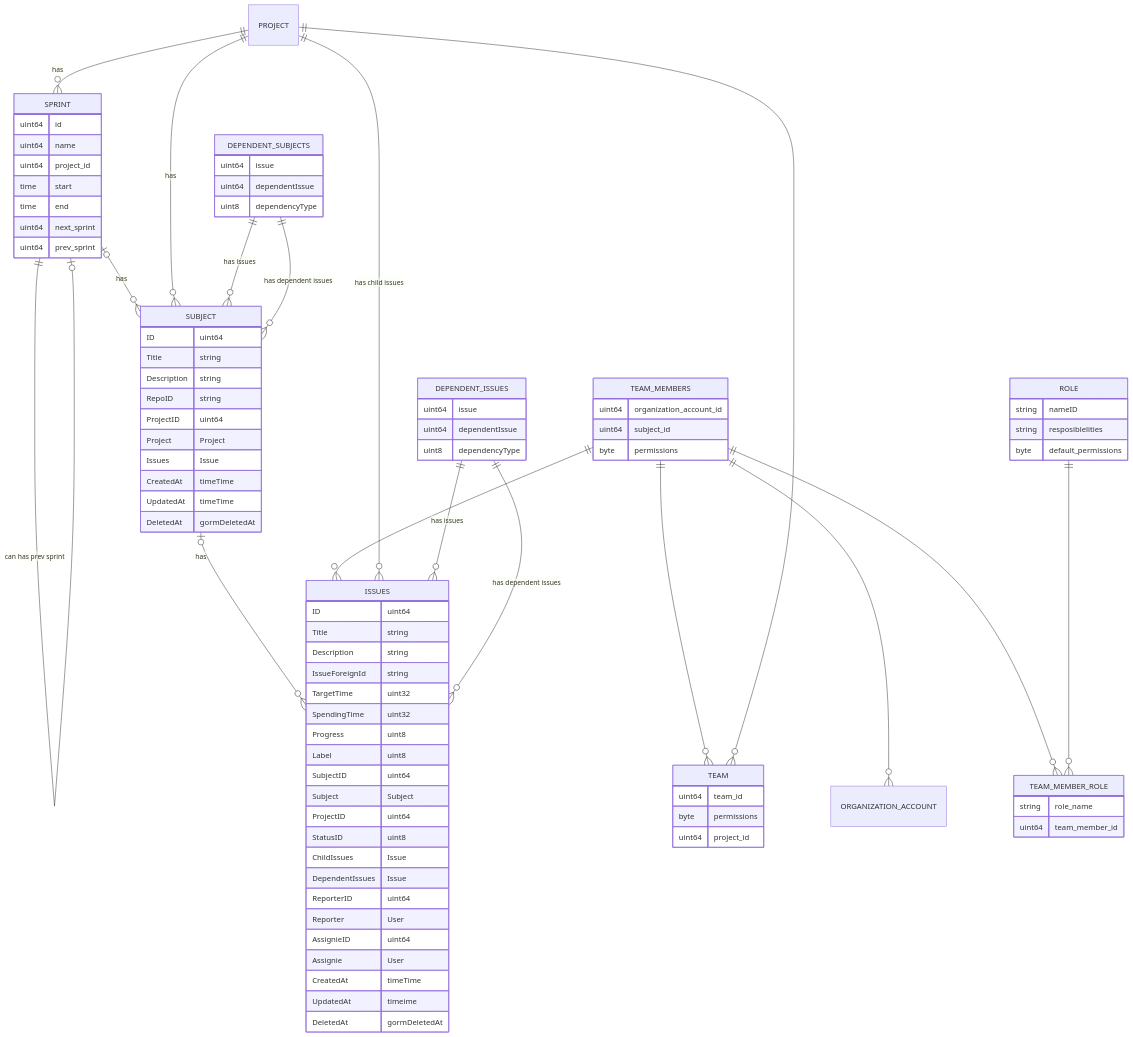
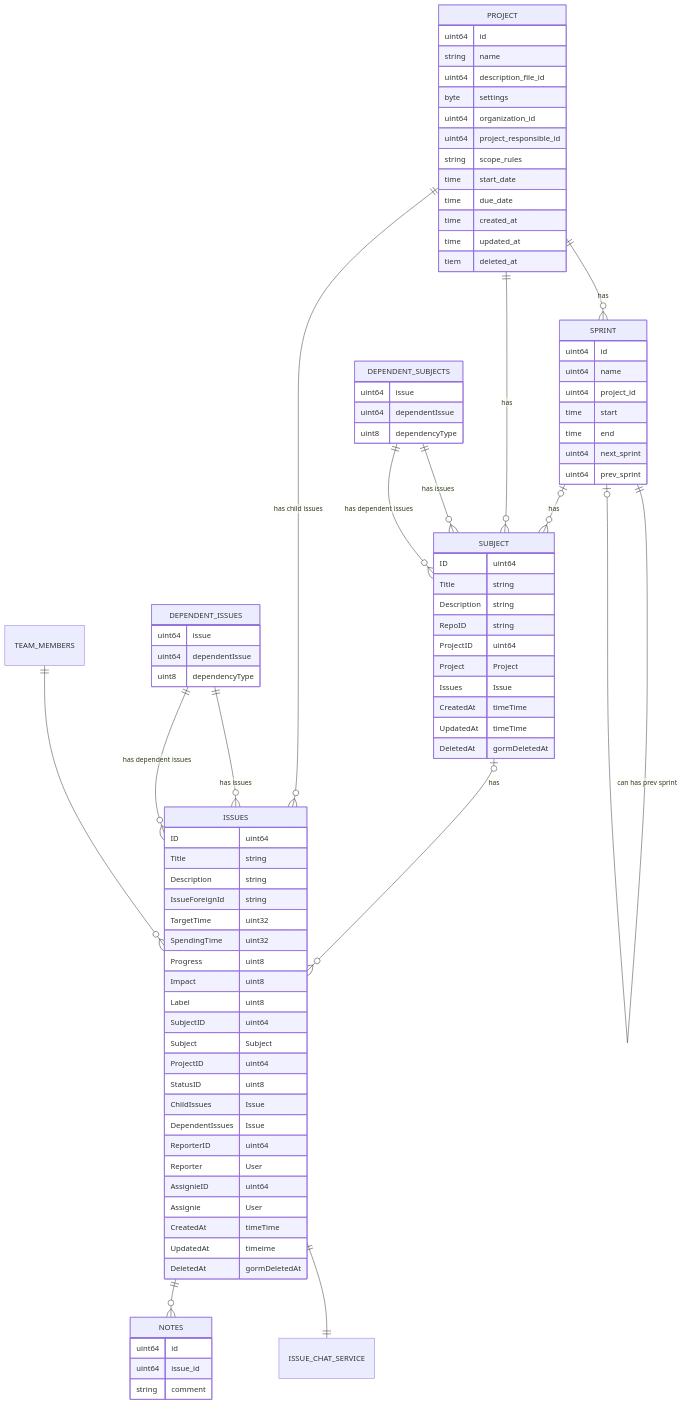
The second of 3 diagrams in README.md (DEONSKY/ProjectManagementAppDoc), drawn with Mermaid before and after one commit.

````diff
--- a/README.md
+++ b/README.md
@@ -106,7 +94,22 @@
 ```mermaid
 erDiagram  
-PROJECT
+ PROJECT {
+	uint64 id
+	string name
+	uint64 description_file_id
+	byte settings
+	uint64 organization_id
+	uint64 project_responsible_id
+	string scope_rules
+	time start_date
+	time due_date
+	time created_at
+	time updated_at
+	tiem deleted_at
+ }
+
 PROJECT ||--o{  SPRINT  : "has" 
+
 SPRINT {
 uint64 id
 uint64 name
@@ -115,46 +118,35 @@
 time end
 uint64 next_sprint
 uint64 prev_sprint
+}
 
-}
 SPRINT ||--o|  SPRINT  : " can has next sprint " 
 SPRINT ||--o|  SPRINT  : " can has prev sprint " 
+
 SUBJECT |o--o{  ISSUES  : "has" 
 SPRINT |o--o{  SUBJECT : "has"
 PROJECT ||--o{  SUBJECT : "has"
-TEAM_MEMBERS ||--o{ ORGANIZATION_ACCOUNT : ""
-TEAM_MEMBERS ||--o{ TEAM : ""
-TEAM_MEMBERS {
-uint64 organization_account_id
-uint64 subject_id
-byte permissions
-}
-TEAM {
-uint64 team_id
-byte permissions
-uint64 project_id
-}
-PROJECT ||--o{ TEAM : ""
-ROLE {
-string nameID
-string resposiblelities
-byte default_permissions
-}
-TEAM_MEMBER_ROLE {
-string role_name
-uint64 team_member_id
-}
+
 DEPENDENT_SUBJECTS{
 uint64 issue
 uint64 dependentIssue
 uint8 dependencyType
 }
+
 DEPENDENT_SUBJECTS ||--o{  SUBJECT : "has issues"
 DEPENDENT_SUBJECTS ||--o{  SUBJECT : "has dependent issues"
-TEAM_MEMBERS ||--o{ TEAM_MEMBER_ROLE : ""
-TEAM_MEMBERS ||--o{ ISSUES : ""
-ROLE ||--o{ TEAM_MEMBER_ROLE : ""
+
+
 PROJECT ||--o{  ISSUES : "has child issues"
+
+ISSUES ||--o{  NOTES: ""
+ISSUES ||--||  ISSUE_CHAT_SERVICE: ""
+NOTES {
+ uint64 id
+ uint64 issue_id
+ string comment
+}
+
 ISSUES {
 ID uint64  
 Title string  
@@ -163,6 +155,7 @@
 TargetTime uint32  
 SpendingTime uint32  
 Progress uint8  
+Impact uint8
 Label uint8
 SubjectID uint64  
 Subject Subject 
@@ -178,6 +171,7 @@
 UpdatedAt timeime 
 DeletedAt gormDeletedAt 
 }
+
 DEPENDENT_ISSUES ||--o{  ISSUES : "has issues"
 DEPENDENT_ISSUES ||--o{  ISSUES : "has dependent issues"
 DEPENDENT_ISSUES {
@@ -185,7 +179,7 @@
 uint64 dependentIssue
 uint8 dependencyType
 }
-ORGANIZATION_ACCOUNT 
+
 SUBJECT {
 ID uint64 
 Title string 
@@ -200,5 +194,6 @@
 DeletedAt gormDeletedAt 
 }
 
+TEAM_MEMBERS ||--o{ ISSUES : ""
 
 ```
````
